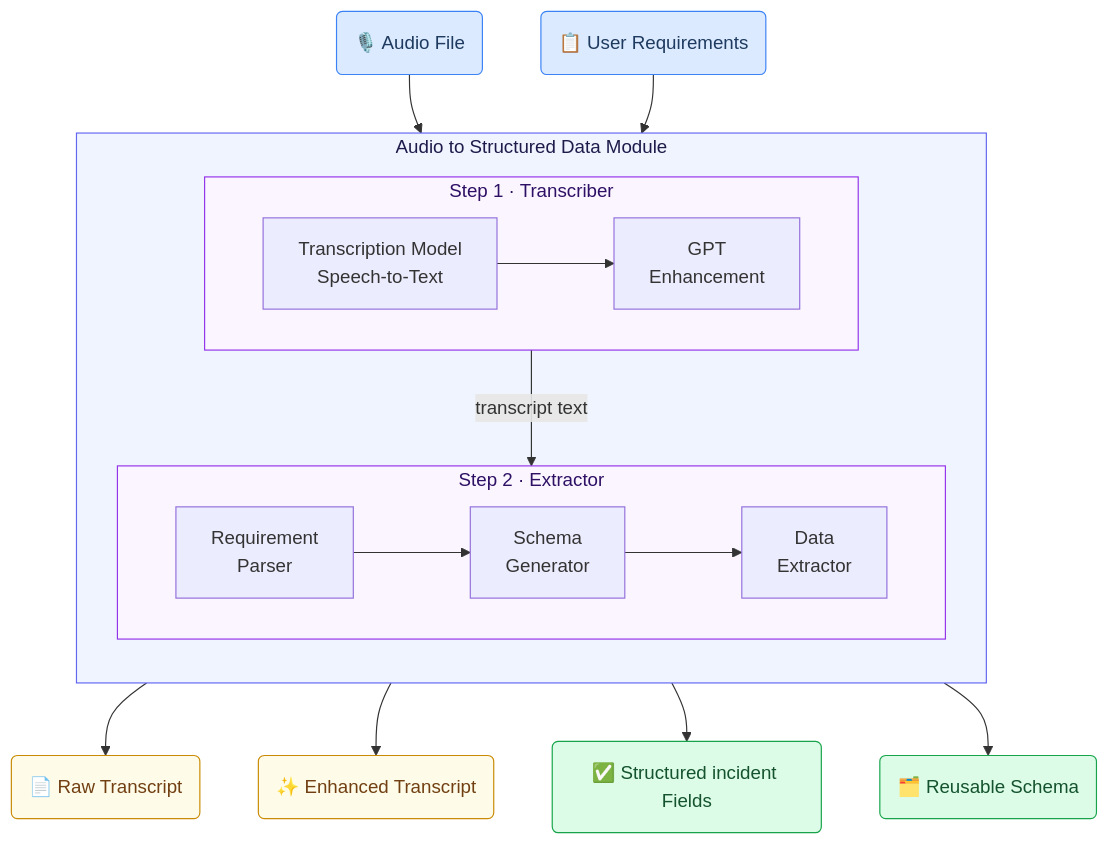
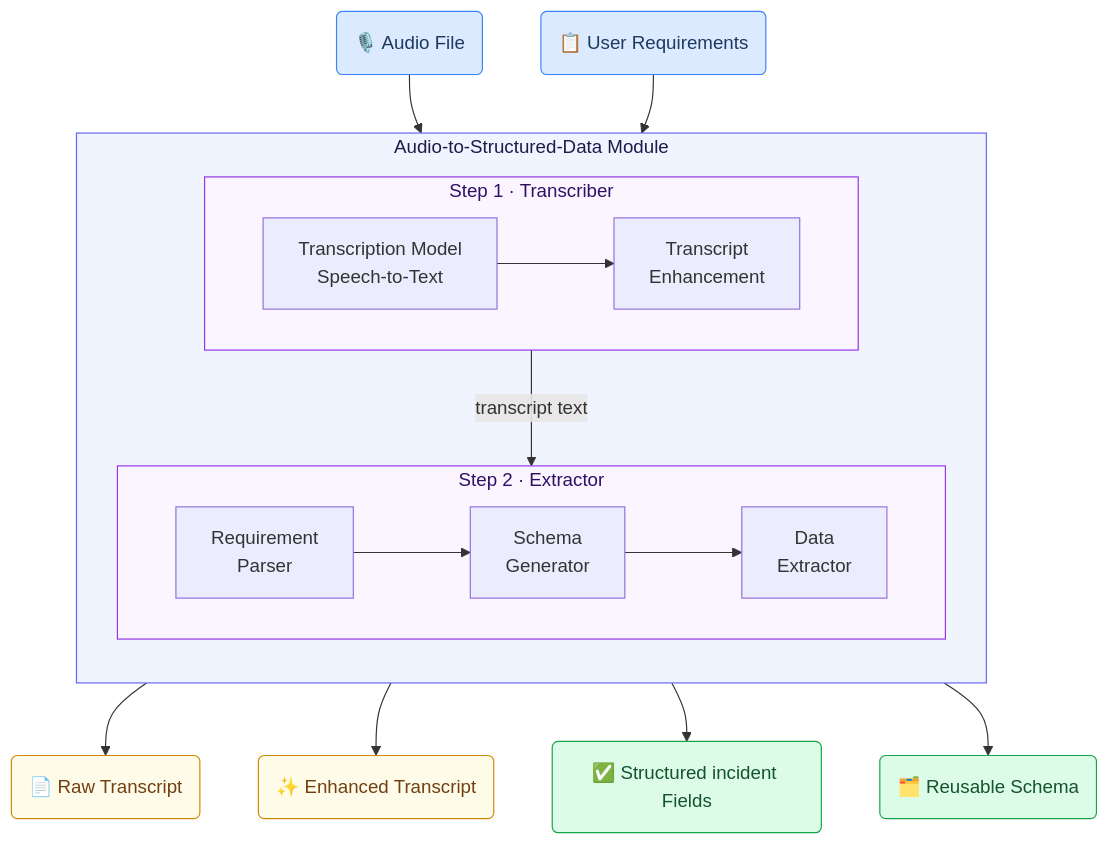
One commit to GAIK-project/gaik-toolkit changed the fourth of 4 diagrams in use_cases/Incident_reporting.md. Above: the diagram before and after it, drawn with Mermaid. The commit also changed other lines of this file, not shown here.

Commit message:
Updated the incident reporting use case

````diff
--- a/use_cases/Incident_reporting.md
+++ b/use_cases/Incident_reporting.md
@@ -119,36 +119,36 @@
 ```mermaid
 flowchart TD
     IN1("🎙️ Audio File") --> MOD
     IN2("📋 User Requirements") --> MOD
 
-    subgraph MOD["Audio to Structured Data Module"]
+    subgraph MOD["Audio-to-Structured-Data Module"]
         direction TB
 
         subgraph T["Step 1 · Transcriber"]
             direction LR
-            W["Transcription Model<br/>Speech-to-Text"] --> G["GPT<br/>Enhancement"]
+            W["Transcription Model<br/>Speech-to-Text"] --> G["Transcript<br/>Enhancement"]
         end
 
         subgraph X["Step 2 · Extractor"]
             direction LR
             RP["Requirement<br/>Parser"] --> SG["Schema<br/>Generator"] --> DE["Data<br/>Extractor"]
         end
 
         T -->|"transcript text"| X
     end
 
     MOD --> O1("📄 Raw Transcript")
     MOD --> O2("✨ Enhanced Transcript")
     MOD --> O3("✅ Structured incident Fields")
     MOD --> O4("🗂️ Reusable Schema")
 
     style IN1 fill:#dbeafe,stroke:#3b82f6,color:#1e3a5f
     style IN2 fill:#dbeafe,stroke:#3b82f6,color:#1e3a5f
     style O1 fill:#fefce8,stroke:#ca8a04,color:#713f12
     style O2 fill:#fefce8,stroke:#ca8a04,color:#713f12
     style O3 fill:#dcfce7,stroke:#16a34a,color:#14532d
     style O4 fill:#dcfce7,stroke:#16a34a,color:#14532d
     style MOD fill:#f0f4ff,stroke:#6366f1,color:#1e1b4b
     style T fill:#faf5ff,stroke:#9333ea,color:#2e1065
     style X fill:#faf5ff,stroke:#9333ea,color:#2e1065
 ```
````
